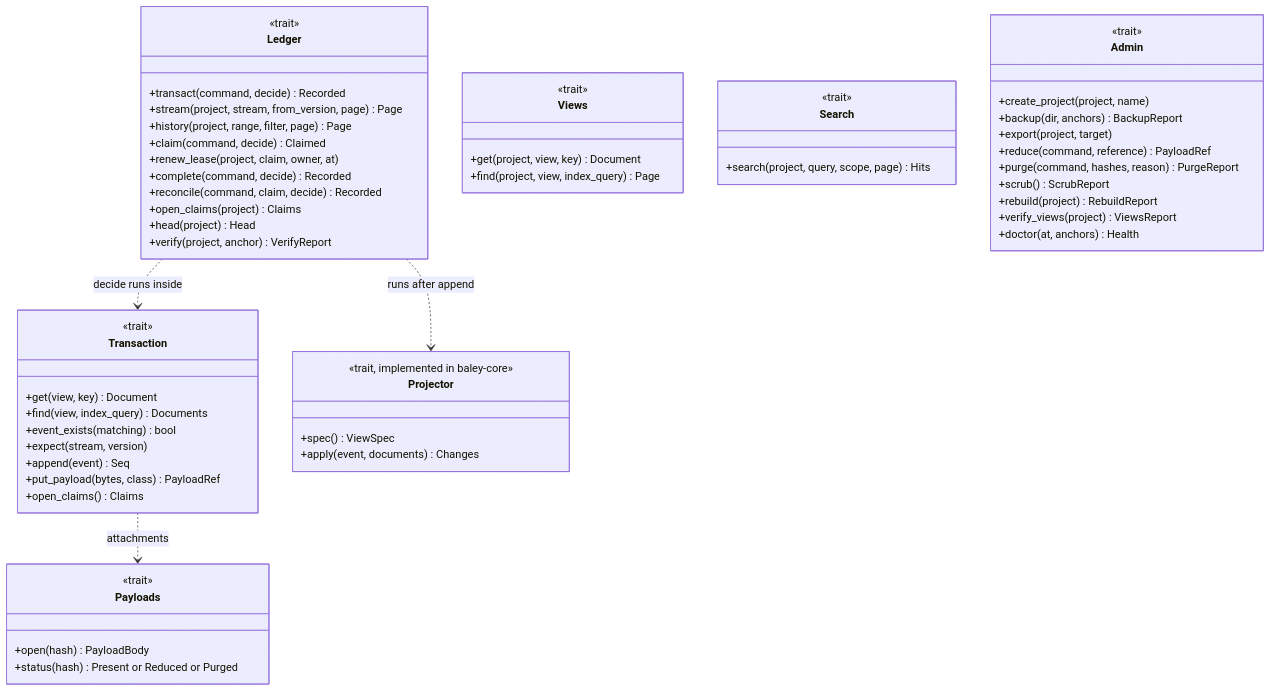
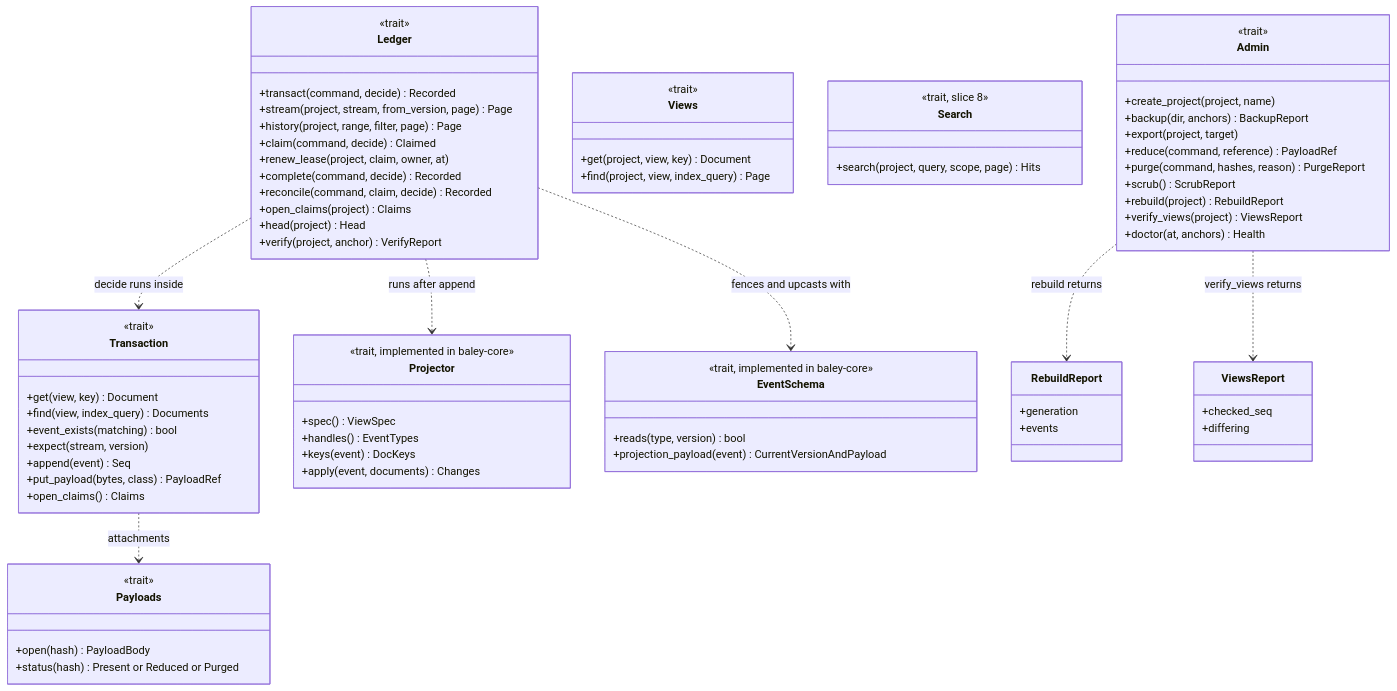
The fourth of 12 diagrams in docs/design/0001-evidence-ledger.md (crenshawdev/baley), drawn with Mermaid before and after one commit. The commit also changed other lines of this file and 12 other files, not shown here.

First line of the commit message:
feat(sqlite): rebuild and verify views in generations that flip together

````diff
--- a/docs/design/0001-evidence-ledger.md
+++ b/docs/design/0001-evidence-ledger.md
@@ -221,60 +223,78 @@
 ```mermaid
 classDiagram
   class Ledger {
     <<trait>>
     +transact(command, decide) Recorded
     +stream(project, stream, from_version, page) Page
     +history(project, range, filter, page) Page
     +claim(command, decide) Claimed
     +renew_lease(project, claim, owner, at)
     +complete(command, decide) Recorded
     +reconcile(command, claim, decide) Recorded
     +open_claims(project) Claims
     +head(project) Head
     +verify(project, anchor) VerifyReport
   }
   class Transaction {
     <<trait>>
     +get(view, key) Document
     +find(view, index_query) Documents
     +event_exists(matching) bool
     +expect(stream, version)
     +append(event) Seq
     +put_payload(bytes, class) PayloadRef
     +open_claims() Claims
   }
   class Views {
     <<trait>>
     +get(project, view, key) Document
     +find(project, view, index_query) Page
   }
   class Payloads {
     <<trait>>
     +open(hash) PayloadBody
     +status(hash) Present or Reduced or Purged
   }
   class Search {
-    <<trait>>
+    <<trait, slice 8>>
     +search(project, query, scope, page) Hits
   }
   class Admin {
     <<trait>>
     +create_project(project, name)
     +backup(dir, anchors) BackupReport
     +export(project, target)
     +reduce(command, reference) PayloadRef
     +purge(command, hashes, reason) PurgeReport
     +scrub() ScrubReport
     +rebuild(project) RebuildReport
     +verify_views(project) ViewsReport
     +doctor(at, anchors) Health
   }
   class Projector {
     <<trait, implemented in baley-core>>
     +spec() ViewSpec
+    +handles() EventTypes
+    +keys(event) DocKeys
     +apply(event, documents) Changes
+  }
+  class EventSchema {
+    <<trait, implemented in baley-core>>
+    +reads(type, version) bool
+    +projection_payload(event) CurrentVersionAndPayload
+  }
+  class RebuildReport {
+    +generation
+    +events
+  }
+  class ViewsReport {
+    +checked_seq
+    +differing
   }
   Ledger ..> Transaction : decide runs inside
   Ledger ..> Projector : runs after append
+  Ledger ..> EventSchema : fences and upcasts with
   Transaction ..> Payloads : attachments
+  Admin ..> RebuildReport : rebuild returns
+  Admin ..> ViewsReport : verify_views returns
 ```
````
